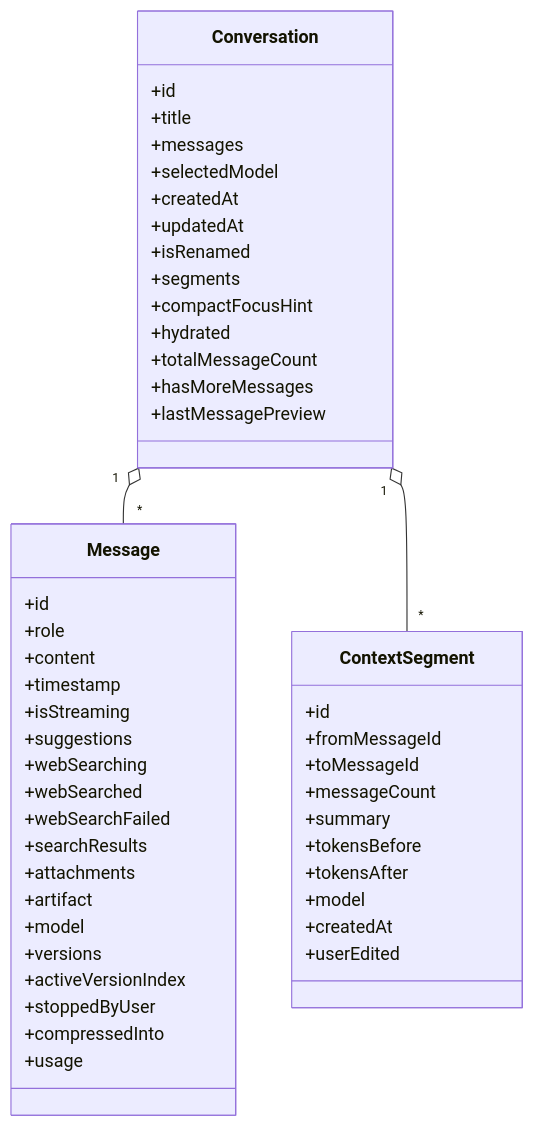
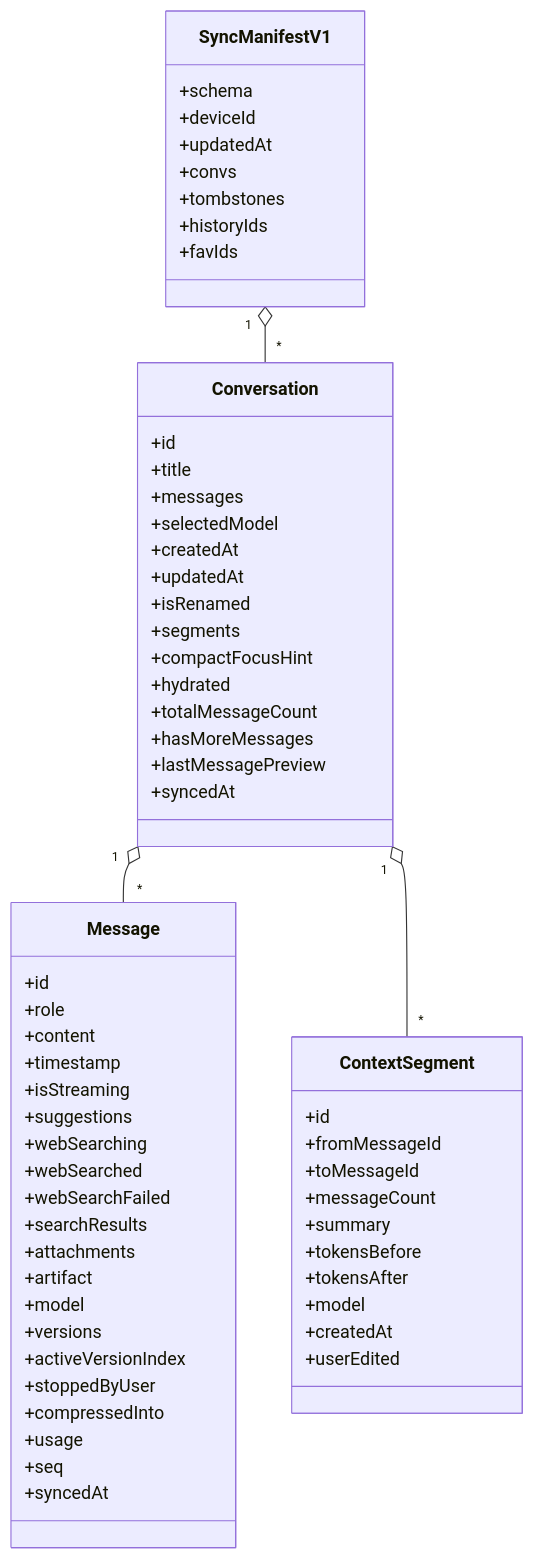
One commit to billye220670/AIShop changed the fourth of 6 diagrams in .qoder/repowiki/zh/content/架构设计/数据流设计/数据同步机制.md. Above: the diagram before and after it, drawn with Mermaid. The commit also changed other lines of this file and 42 other files, not shown here.

````diff
--- a/.qoder/repowiki/zh/content/架构设计/数据流设计/数据同步机制.md
+++ b/.qoder/repowiki/zh/content/架构设计/数据流设计/数据同步机制.md
@@ -155,52 +213,65 @@
 ```mermaid
 classDiagram
 class Conversation {
 +id
 +title
 +messages
 +selectedModel
 +createdAt
 +updatedAt
 +isRenamed
 +segments
 +compactFocusHint
 +hydrated
 +totalMessageCount
 +hasMoreMessages
 +lastMessagePreview
++syncedAt
 }
 class Message {
 +id
 +role
 +content
 +timestamp
 +isStreaming
 +suggestions
 +webSearching
 +webSearched
 +webSearchFailed
 +searchResults
 +attachments
 +artifact
 +model
 +versions
 +activeVersionIndex
 +stoppedByUser
 +compressedInto
 +usage
++seq
++syncedAt
 }
 class ContextSegment {
 +id
 +fromMessageId
 +toMessageId
 +messageCount
 +summary
 +tokensBefore
 +tokensAfter
 +model
 +createdAt
 +userEdited
 }
+class SyncManifestV1 {
++schema
++deviceId
++updatedAt
++convs
++tombstones
++historyIds
++favIds
+}
 Conversation "1" o-- "*" Message
 Conversation "1" o-- "*" ContextSegment
+SyncManifestV1 "1" o-- "*" Conversation
 ```
````
